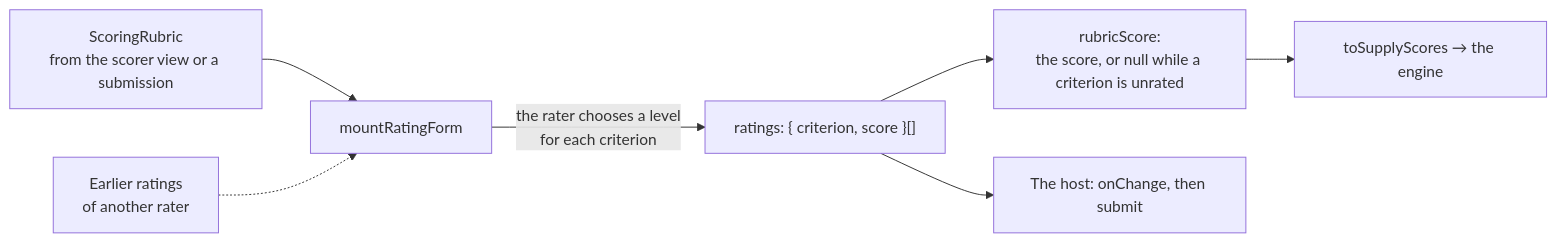
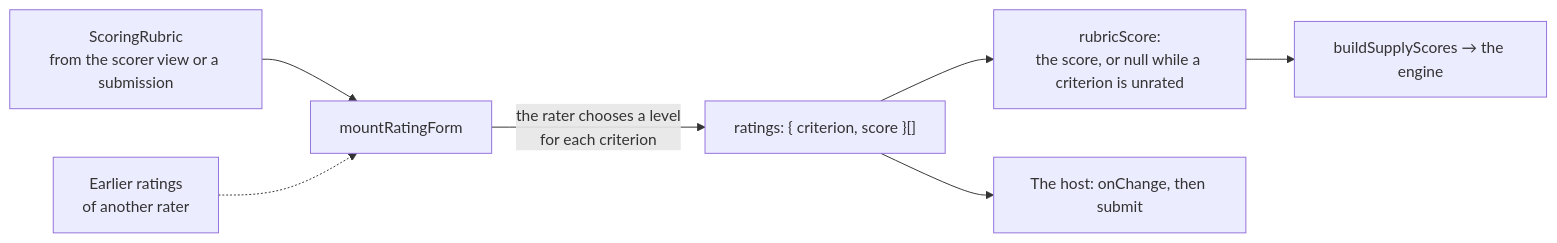
Before and after one commit to assesskit/assesskit: the diagram in docs/player/rating.md, drawn with Mermaid. The commit also changed 80 other files, not shown here.

````diff
--- a/docs/player/rating.md
+++ b/docs/player/rating.md
@@ -7,9 +7,9 @@
 ```mermaid
 flowchart LR
   rubric["ScoringRubric<br/>from the scorer view or a submission"] --> form["mountRatingForm"]
   initial["Earlier ratings<br/>of another rater"] -.-> form
   form -->|"the rater chooses a level<br/>for each criterion"| ratings["ratings: { criterion, score }[]"]
   ratings --> score["rubricScore:<br/>the score, or null while a criterion is unrated"]
   ratings --> host["The host: onChange, then submit"]
-  score --> supply["toSupplyScores → the engine"]
+  score --> supply["buildSupplyScores → the engine"]
 ```
````
